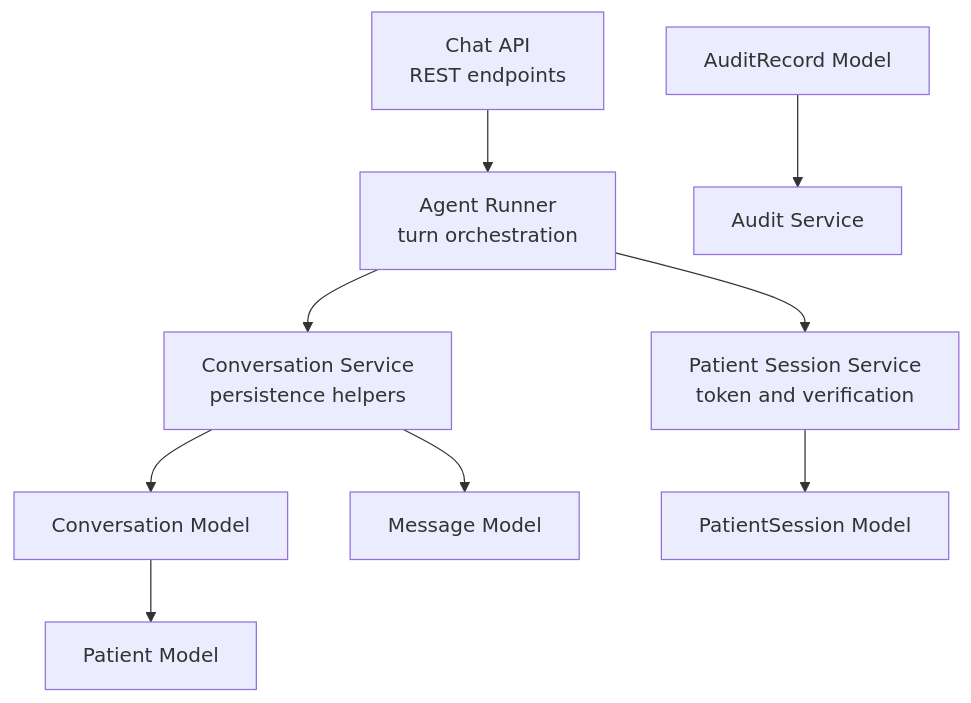
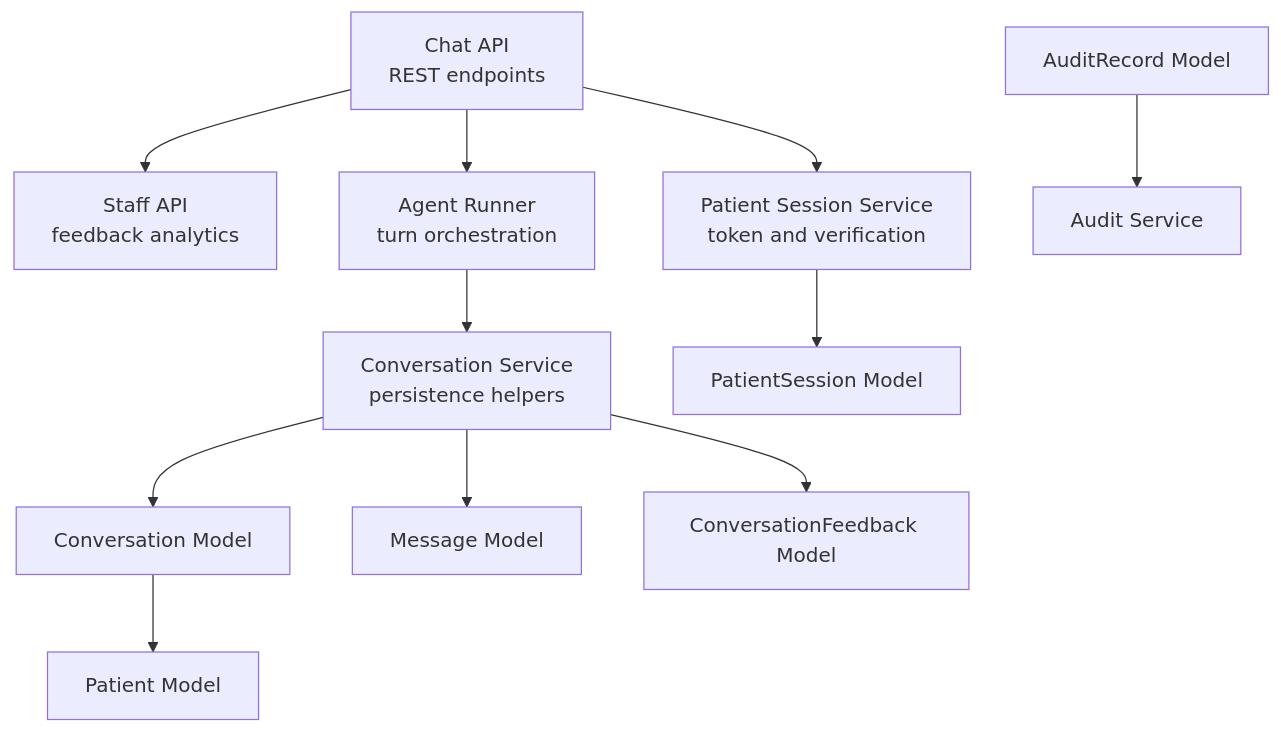
Before and after one commit to gokulkaarthicks/dental-chatbot: the first of 15 diagrams in .qoder/repowiki/en/content/Data Models/Conversation and Messaging Models.md, drawn with Mermaid. The commit also changed other lines of this file and 280 other files, not shown here.

````diff
--- a/.qoder/repowiki/en/content/Data Models/Conversation and Messaging Models.md
+++ b/.qoder/repowiki/en/content/Data Models/Conversation and Messaging Models.md
@@ -50,11 +62,13 @@
 ```mermaid
 graph TB
-API["Chat API<br/>REST endpoints"] --> Runner["Agent Runner<br/>turn orchestration"]
+API["Chat API<br/>REST endpoints"] --> StaffAPI["Staff API<br/>feedback analytics"]
+API --> Runner["Agent Runner<br/>turn orchestration"]
 Runner --> ConvService["Conversation Service<br/>persistence helpers"]
-Runner --> SessionService["Patient Session Service<br/>token and verification"]
+API --> SessionService["Patient Session Service<br/>token and verification"]
 ConvService --> ConvModel["Conversation Model"]
 ConvService --> MsgModel["Message Model"]
+ConvService --> FeedbackModel["ConversationFeedback Model"]
 SessionService --> SessionModel["PatientSession Model"]
 ConvModel --> PatientModel["Patient Model"]
 AuditModel["AuditRecord Model"] --> AuditService["Audit Service"]
 ```
````
